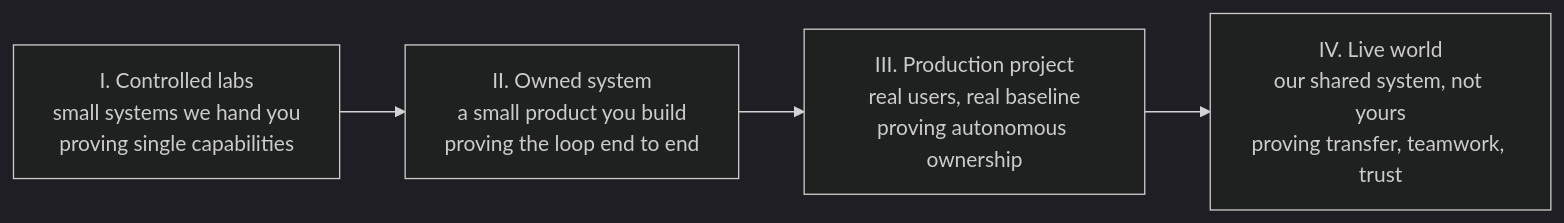
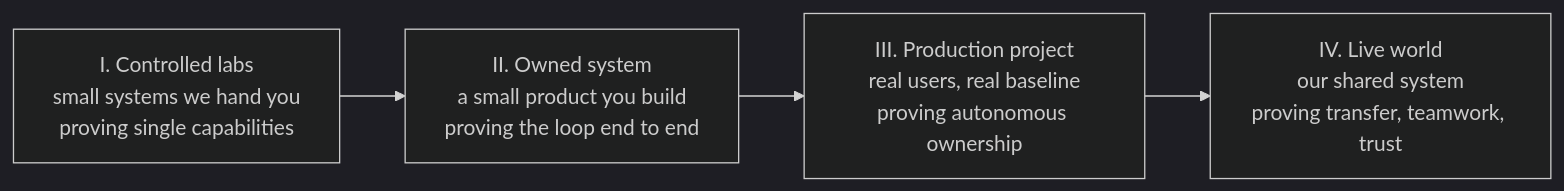
Before and after one commit to Grid-School/gridschool-site: the diagram in read/modules/disciplines/10-evidence-gates-and-the-ledger.md, drawn with Mermaid (dark theme). The commit also changed other lines of this file and 92 other files, not shown here.

````diff
--- a/read/modules/disciplines/10-evidence-gates-and-the-ledger.md
+++ b/read/modules/disciplines/10-evidence-gates-and-the-ledger.md
@@ -24,6 +24,6 @@
 ```mermaid
 flowchart LR
   L1["I. Controlled labs<br/>small systems we hand you<br/>proving single capabilities"] --> L2["II. Owned system<br/>a small product you build<br/>proving the loop end to end"]
   L2 --> L3["III. Production project<br/>real users, real baseline<br/>proving autonomous ownership"]
-  L3 --> L4["IV. Live world<br/>our shared system, not yours<br/>proving transfer, teamwork, trust"]
+  L3 --> L4["IV. Live world<br/>our shared system<br/>proving transfer, teamwork, trust"]
 ```
````
